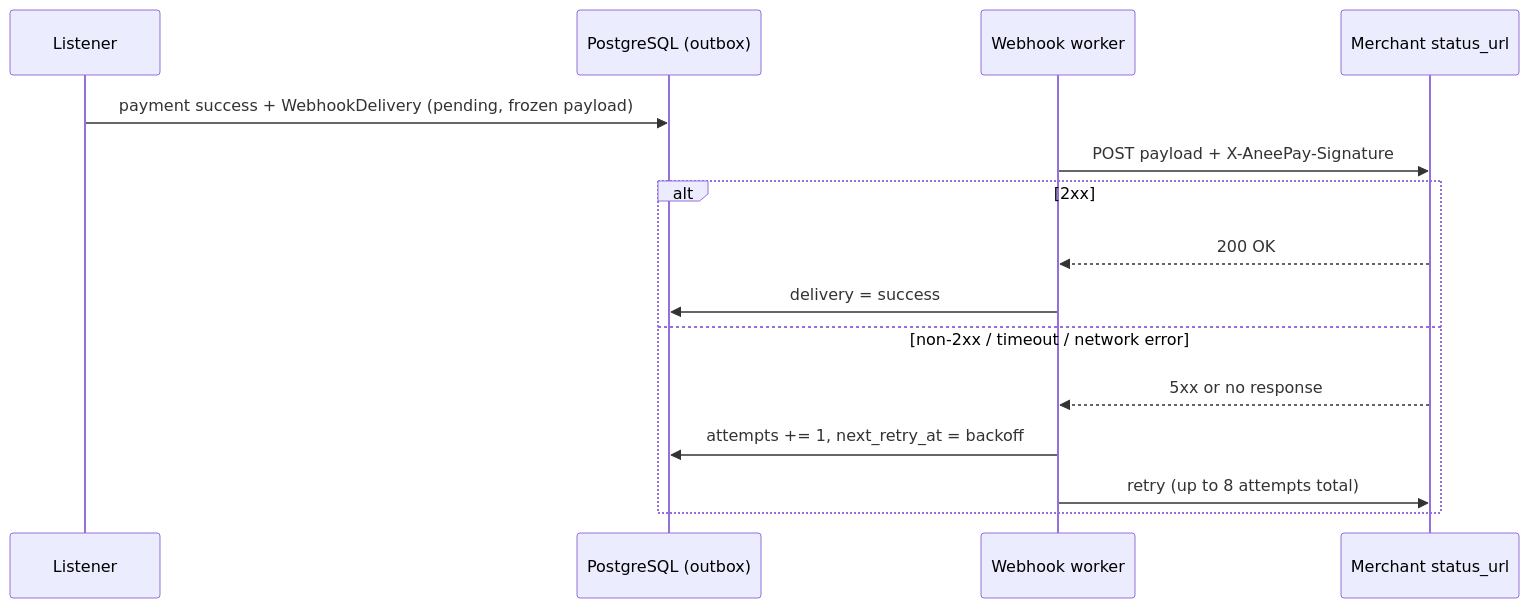
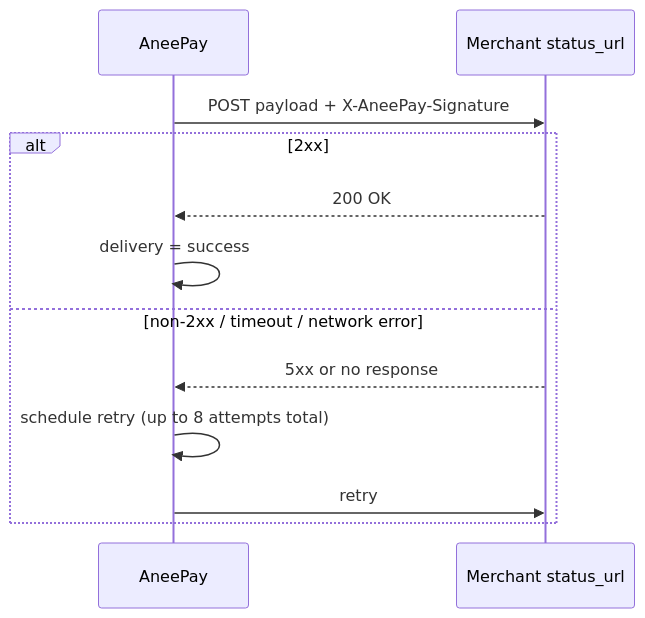
Before and after one commit to aneepay/aneepay-docs: the diagram in docs/webhooks/overview.md, drawn with Mermaid. The commit also changed other lines of this file and 27 other files, not shown here.

````diff
--- a/docs/webhooks/overview.md
+++ b/docs/webhooks/overview.md
@@ -30,18 +30,15 @@
 ```mermaid
 sequenceDiagram
-    participant L as Listener
-    participant DB as PostgreSQL (outbox)
-    participant W as Webhook worker
+    participant A as AneePay
     participant M as Merchant status_url
 
-    L->>DB: payment success + WebhookDelivery (pending, frozen payload)
-    W->>M: POST payload + X-AneePay-Signature
+    A->>M: POST payload + X-AneePay-Signature
     alt 2xx
-        M-->>W: 200 OK
-        W->>DB: delivery = success
+        M-->>A: 200 OK
+        A->>A: delivery = success
     else non-2xx / timeout / network error
-        M-->>W: 5xx or no response
-        W->>DB: attempts += 1, next_retry_at = backoff
-        W->>M: retry (up to 8 attempts total)
+        M-->>A: 5xx or no response
+        A->>A: schedule retry (up to 8 attempts total)
+        A->>M: retry
     end
 ```
````
